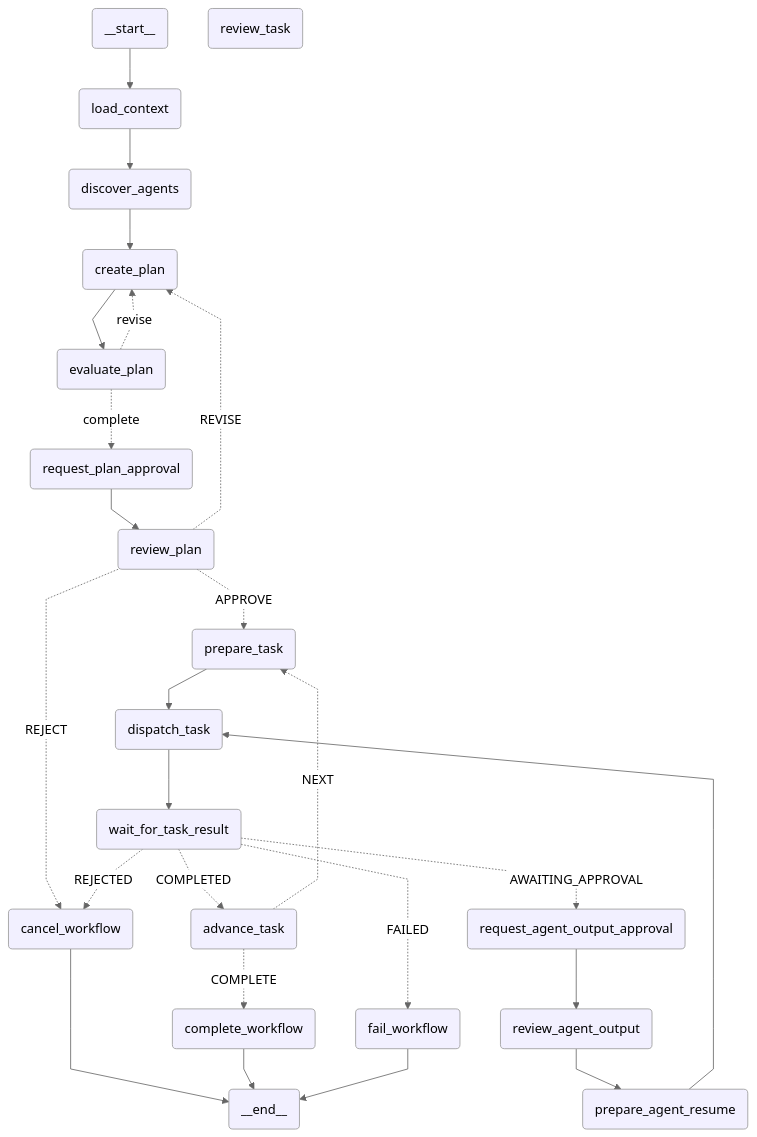
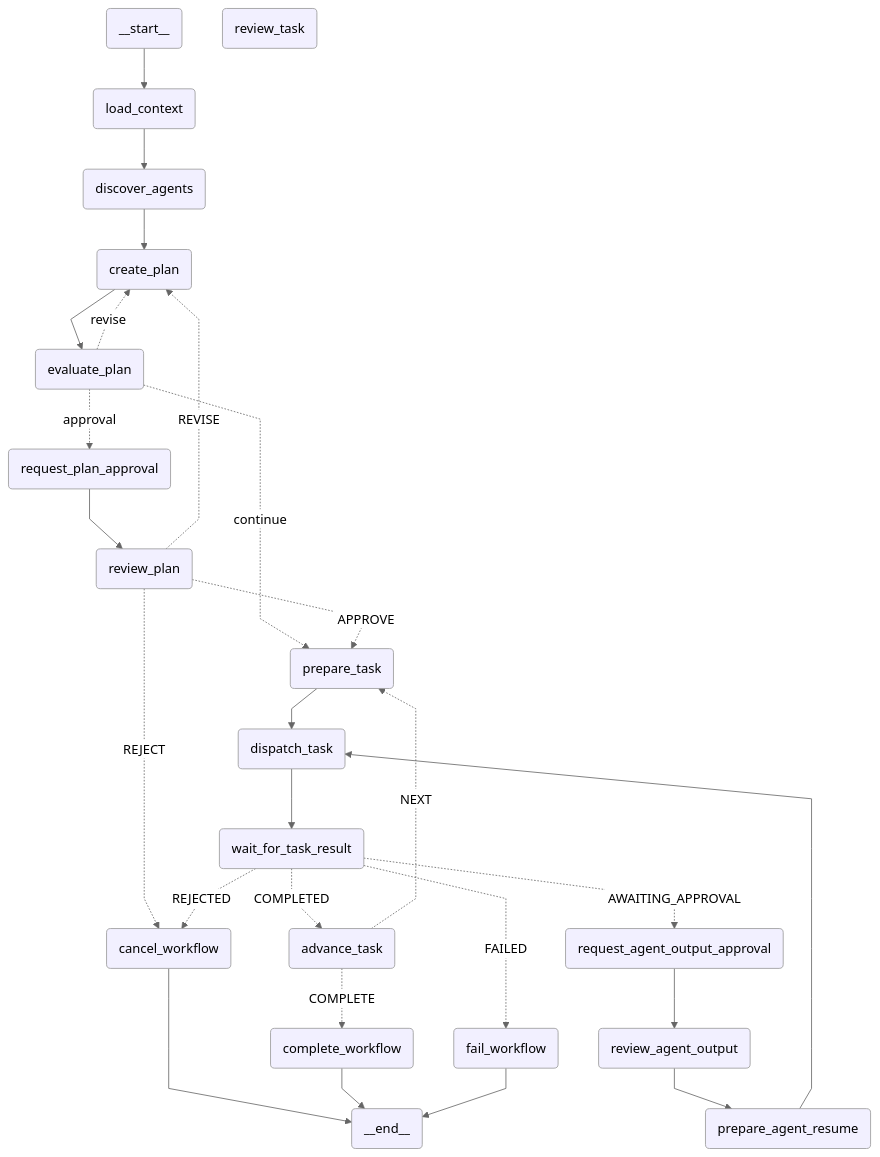
One commit to Sarvagya-meel/agentmesh changed the diagram in docs/graphs/orchestrator-supervisor.mmd. Above: the diagram before and after it, drawn with Mermaid (neutral theme). The commit also changed 353 other files, not shown here.

```diff
--- a/docs/graphs/orchestrator-supervisor.mmd
+++ b/docs/graphs/orchestrator-supervisor.mmd
@@ -1,52 +1,53 @@
 ---
 config:
   flowchart:
     curve: linear
 ---
 graph TD;
 	__start__(<p>__start__</p>)
 	load_context(load_context)
 	discover_agents(discover_agents)
 	create_plan(create_plan)
 	evaluate_plan(evaluate_plan)
 	request_plan_approval(request_plan_approval)
 	review_plan(review_plan)
 	prepare_task(prepare_task)
 	review_task(review_task)
 	dispatch_task(dispatch_task)
 	wait_for_task_result(wait_for_task_result)
 	request_agent_output_approval(request_agent_output_approval)
 	review_agent_output(review_agent_output)
 	prepare_agent_resume(prepare_agent_resume)
 	advance_task(advance_task)
 	complete_workflow(complete_workflow)
 	fail_workflow(fail_workflow)
 	cancel_workflow(cancel_workflow)
 	__end__(<p>__end__</p>)
 	__start__ --> load_context;
 	advance_task -. &nbsp;COMPLETE&nbsp; .-> complete_workflow;
 	advance_task -. &nbsp;NEXT&nbsp; .-> prepare_task;
 	create_plan --> evaluate_plan;
 	discover_agents --> create_plan;
 	dispatch_task --> wait_for_task_result;
 	evaluate_plan -. &nbsp;revise&nbsp; .-> create_plan;
-	evaluate_plan -. &nbsp;complete&nbsp; .-> request_plan_approval;
+	evaluate_plan -. &nbsp;continue&nbsp; .-> prepare_task;
+	evaluate_plan -. &nbsp;approval&nbsp; .-> request_plan_approval;
 	load_context --> discover_agents;
 	prepare_agent_resume --> dispatch_task;
 	prepare_task --> dispatch_task;
 	request_agent_output_approval --> review_agent_output;
 	request_plan_approval --> review_plan;
 	review_agent_output --> prepare_agent_resume;
 	review_plan -. &nbsp;REJECT&nbsp; .-> cancel_workflow;
 	review_plan -. &nbsp;REVISE&nbsp; .-> create_plan;
 	review_plan -. &nbsp;APPROVE&nbsp; .-> prepare_task;
 	wait_for_task_result -. &nbsp;COMPLETED&nbsp; .-> advance_task;
 	wait_for_task_result -. &nbsp;REJECTED&nbsp; .-> cancel_workflow;
 	wait_for_task_result -. &nbsp;FAILED&nbsp; .-> fail_workflow;
 	wait_for_task_result -. &nbsp;AWAITING_APPROVAL&nbsp; .-> request_agent_output_approval;
 	cancel_workflow --> __end__;
 	complete_workflow --> __end__;
 	fail_workflow --> __end__;
 	classDef default fill:#f2f0ff,line-height:1.2
 	classDef first fill-opacity:0
 	classDef last fill:#bfb6fc
```
